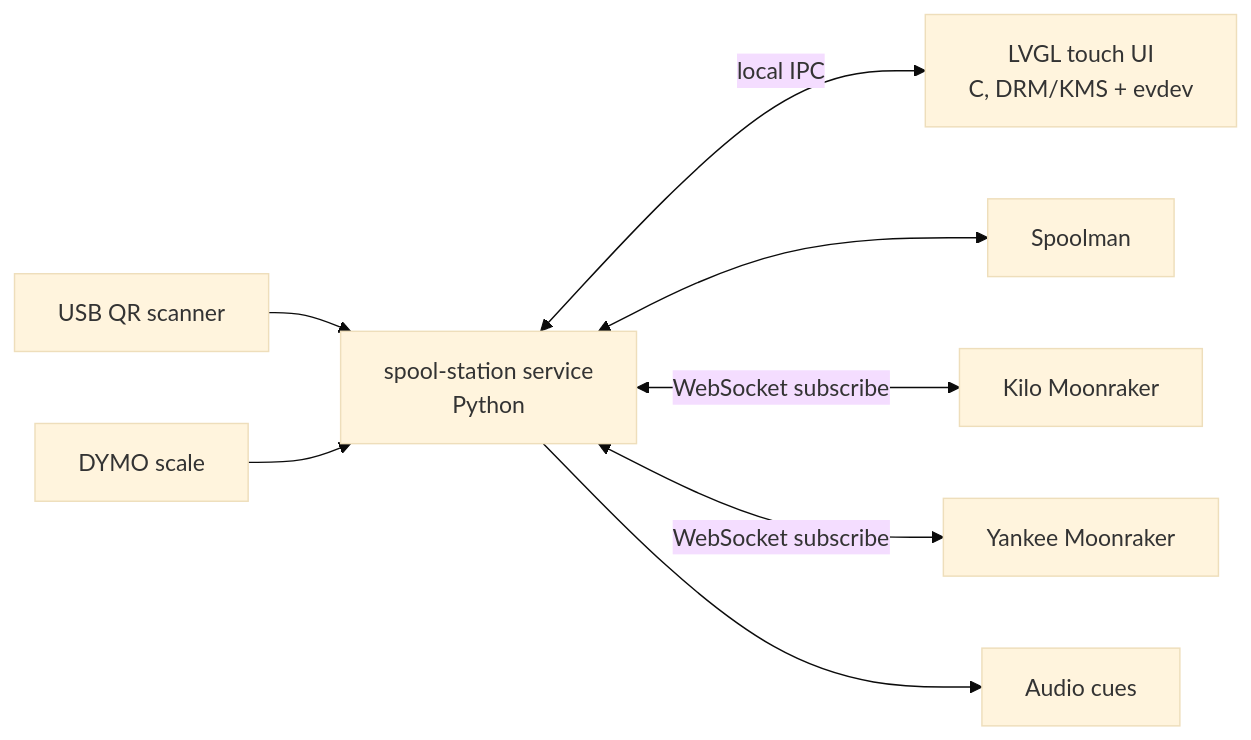
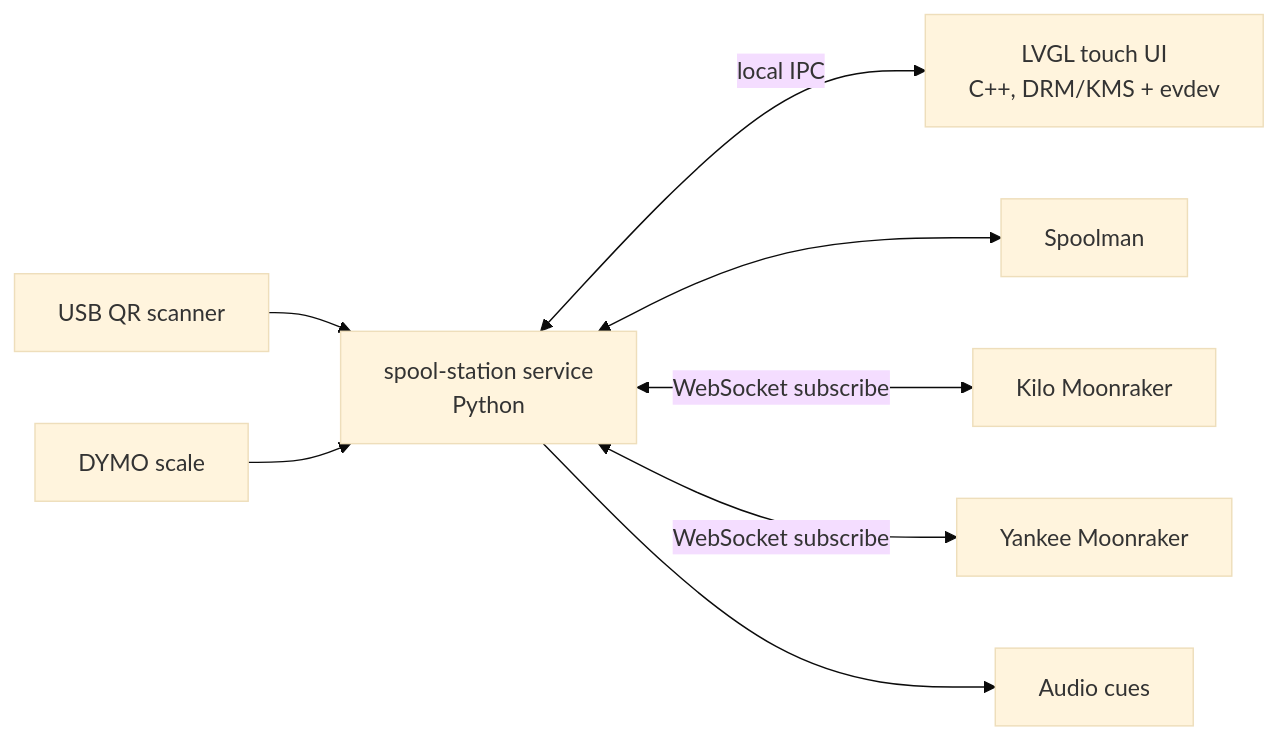
One commit to bobomb/afc-spool-scan changed the diagram in docs/touch-ui-plan.md. Above: the diagram before and after it, drawn with Mermaid (base theme). The commit also changed other lines of this file and 41 other files, not shown here.

````diff
--- a/docs/touch-ui-plan.md
+++ b/docs/touch-ui-plan.md
@@ -69,10 +69,10 @@
 ```mermaid
 flowchart LR
   QR[USB QR scanner] --> S[spool-station service<br/>Python]
   SC[DYMO scale] --> S
-  S <-->|local IPC| UI[LVGL touch UI<br/>C, DRM/KMS + evdev]
+  S <-->|local IPC| UI[LVGL touch UI<br/>C++, DRM/KMS + evdev]
   S <--> SM[Spoolman]
   S <-->|WebSocket subscribe| K[Kilo Moonraker]
   S <-->|WebSocket subscribe| Y[Yankee Moonraker]
   S --> AU[Audio cues]
 ```
````
